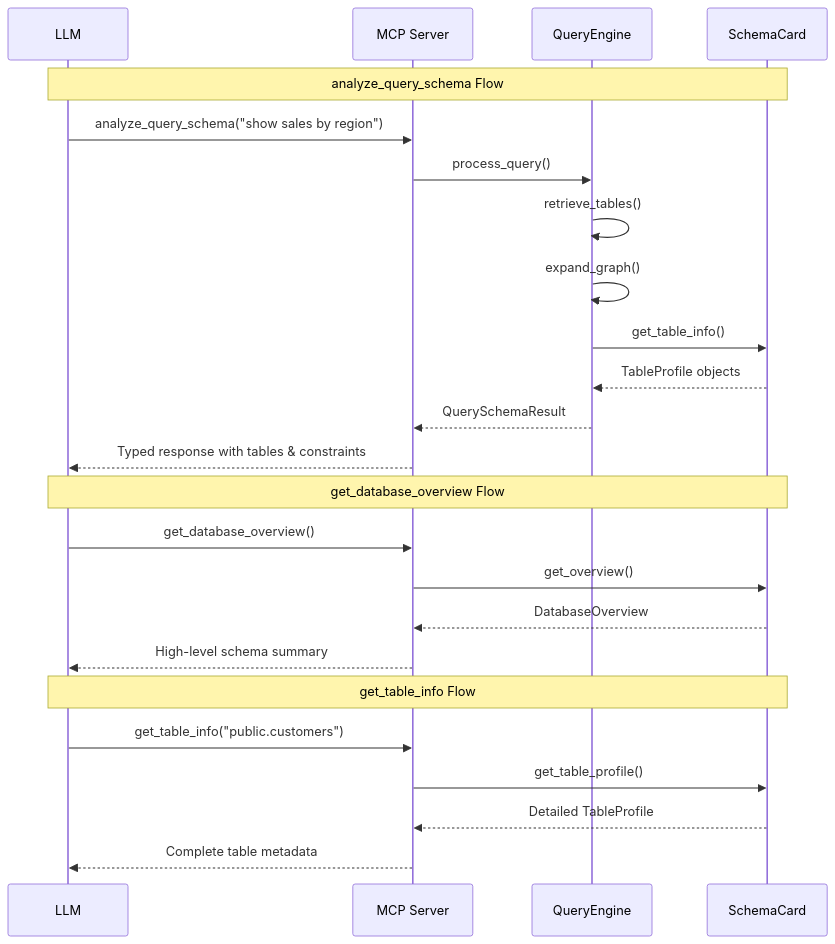
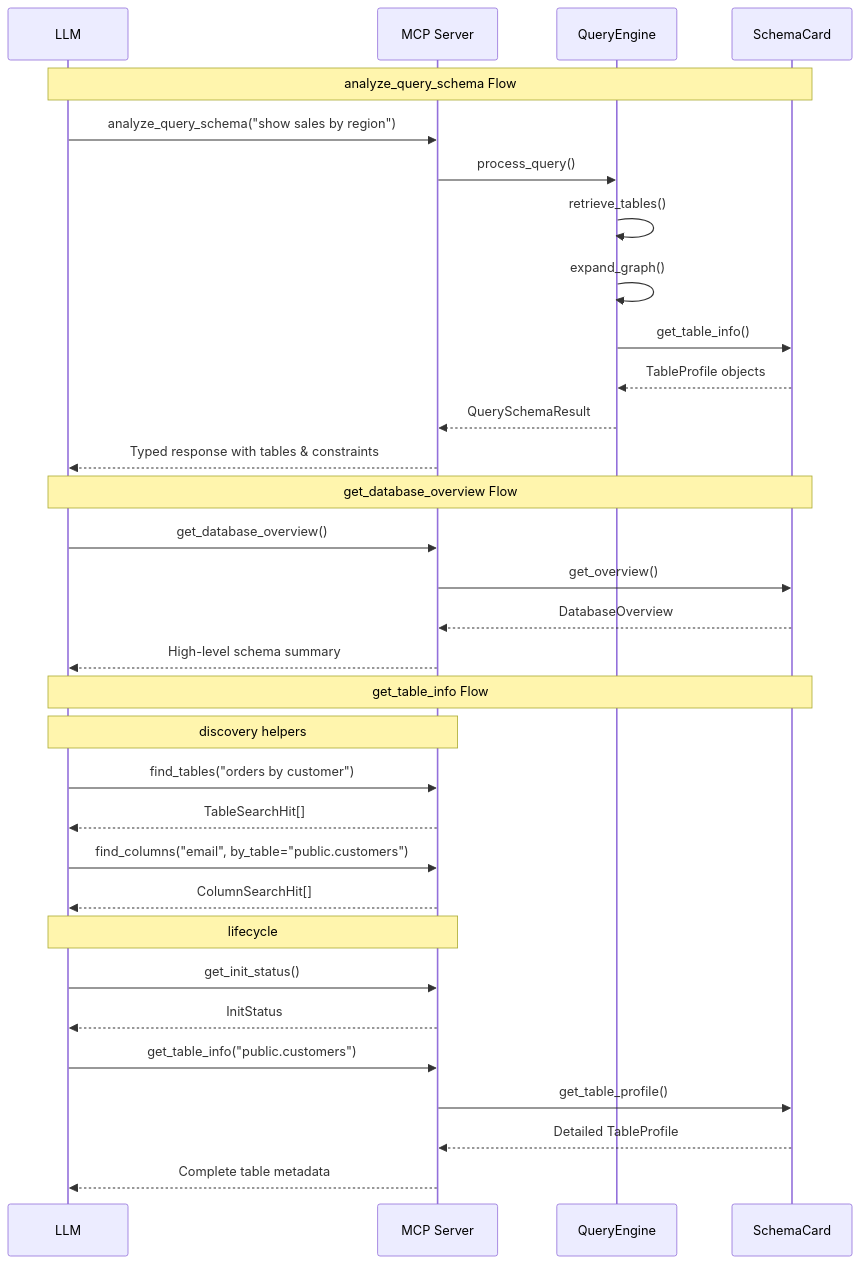
One commit to Mando-03/nl2sql-mcp changed the fifth of 6 diagrams in src/nl2sql_mcp/schema_tools/README.md. Above: the diagram before and after it, drawn with Mermaid. The commit also changed other lines of this file and 4 other files, not shown here.

````diff
--- a/src/nl2sql_mcp/schema_tools/README.md
+++ b/src/nl2sql_mcp/schema_tools/README.md
@@ -259,29 +259,39 @@
 ```mermaid
 sequenceDiagram
     participant LLM
     participant MCP as MCP Server
     participant QE as QueryEngine
     participant SC as SchemaCard
     
     Note over LLM,SC: analyze_query_schema Flow
     LLM->>MCP: analyze_query_schema("show sales by region")
     MCP->>QE: process_query()
     QE->>QE: retrieve_tables()
     QE->>QE: expand_graph()
     QE->>SC: get_table_info()
     SC-->>QE: TableProfile objects
     QE-->>MCP: QuerySchemaResult
     MCP-->>LLM: Typed response with tables & constraints
     
     Note over LLM,SC: get_database_overview Flow
     LLM->>MCP: get_database_overview()
     MCP->>SC: get_overview()
     SC-->>MCP: DatabaseOverview
     MCP-->>LLM: High-level schema summary
     
     Note over LLM,SC: get_table_info Flow
+    
+    Note over LLM,MCP: discovery helpers
+    LLM->>MCP: find_tables("orders by customer")
+    MCP-->>LLM: TableSearchHit[]
+    LLM->>MCP: find_columns("email", by_table="public.customers")
+    MCP-->>LLM: ColumnSearchHit[]
+    
+    Note over LLM,MCP: lifecycle
+    LLM->>MCP: get_init_status()
+    MCP-->>LLM: InitStatus
     LLM->>MCP: get_table_info("public.customers")
     MCP->>SC: get_table_profile()
     SC-->>MCP: Detailed TableProfile
     MCP-->>LLM: Complete table metadata
 ```
````
